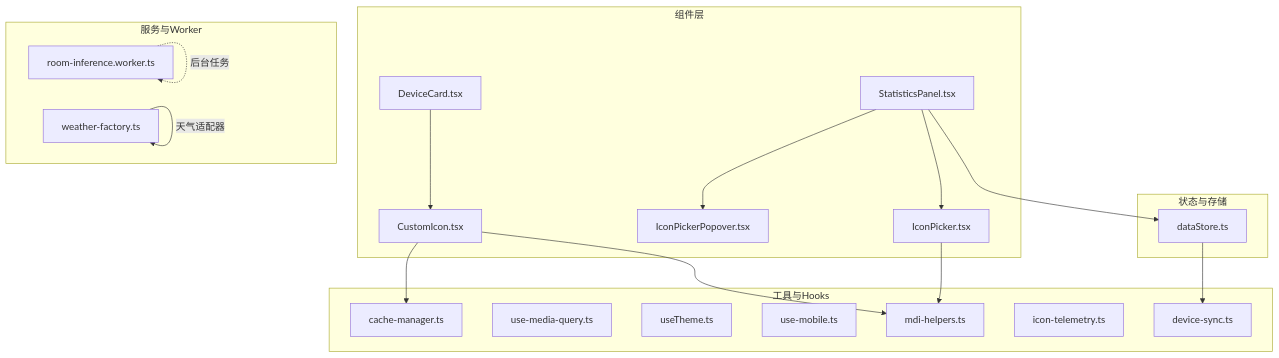
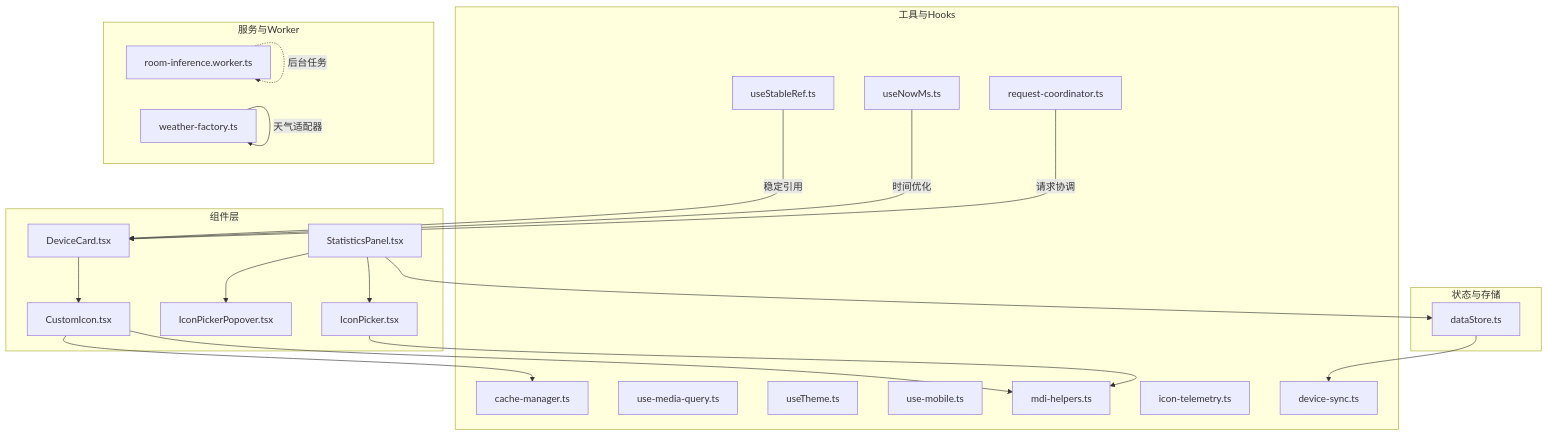
Before and after one commit to skyeyinkun/HAUI: the first of 7 diagrams in .qoder/repowiki/zh/content/性能优化/性能优化.md, drawn with Mermaid. The commit also changed other lines of this file and 14 other files, not shown here.

````diff
--- a/.qoder/repowiki/zh/content/性能优化/性能优化.md
+++ b/.qoder/repowiki/zh/content/性能优化/性能优化.md
@@ -46,36 +53,42 @@
 ```mermaid
 graph TB
 subgraph "组件层"
 DC["DeviceCard.tsx"]
 SP["StatisticsPanel.tsx"]
 IP["IconPicker.tsx"]
 IPP["IconPickerPopover.tsx"]
 CI["CustomIcon.tsx"]
 end
 subgraph "工具与Hooks"
 CM["cache-manager.ts"]
 UMQ["use-media-query.ts"]
 UT["useTheme.ts"]
 UM["use-mobile.ts"]
 IMH["mdi-helpers.ts"]
 IT["icon-telemetry.ts"]
 DS["device-sync.ts"]
+RC["request-coordinator.ts"]
+UNM["useNowMs.ts"]
+USR["useStableRef.ts"]
 end
 subgraph "状态与存储"
 DZ["dataStore.ts"]
 end
 subgraph "服务与Worker"
 WF["weather-factory.ts"]
 RW["room-inference.worker.ts"]
 end
 DC --> CI
 SP --> IP
 SP --> IPP
 IP --> IMH
 CI --> IMH
 CI --> CM
 DZ --> DS
 SP --> DZ
 RW -.->|"后台任务"| RW
 WF --> |"天气适配器"| WF
+RC --> |"请求协调"| DC
+UNM --> |"时间优化"| DC
+USR --> |"稳定引用"| DC
 ```
````
